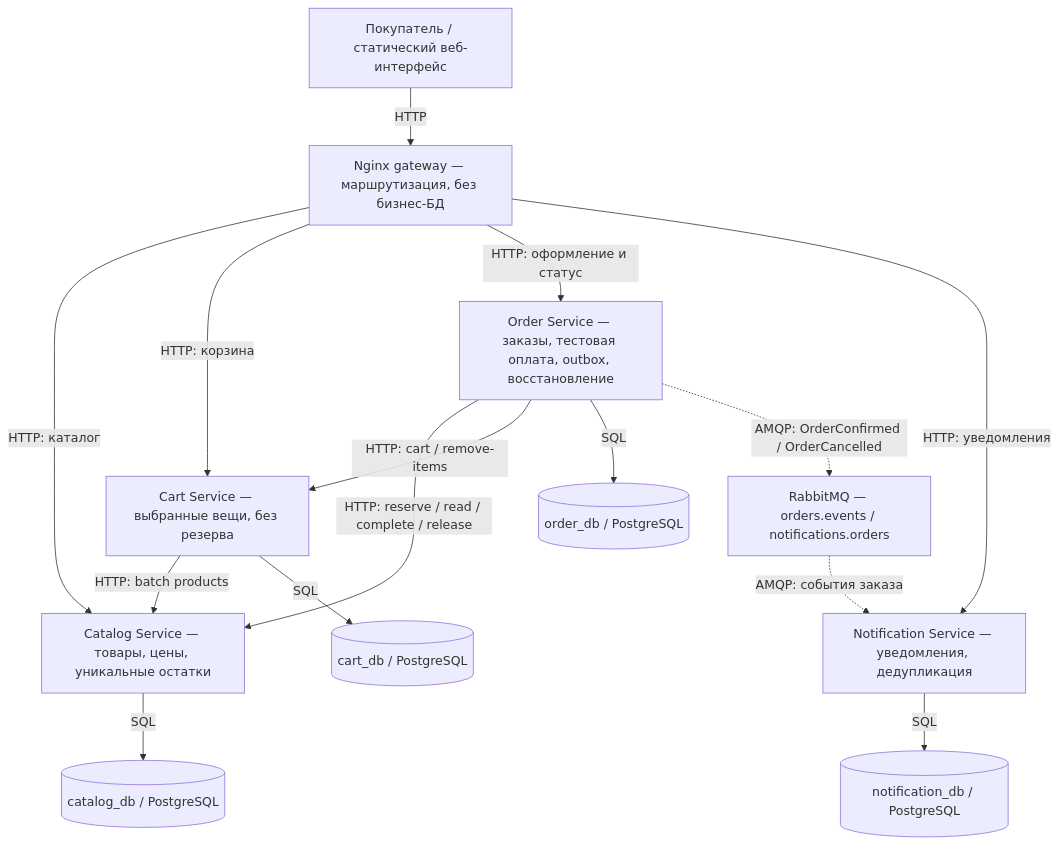
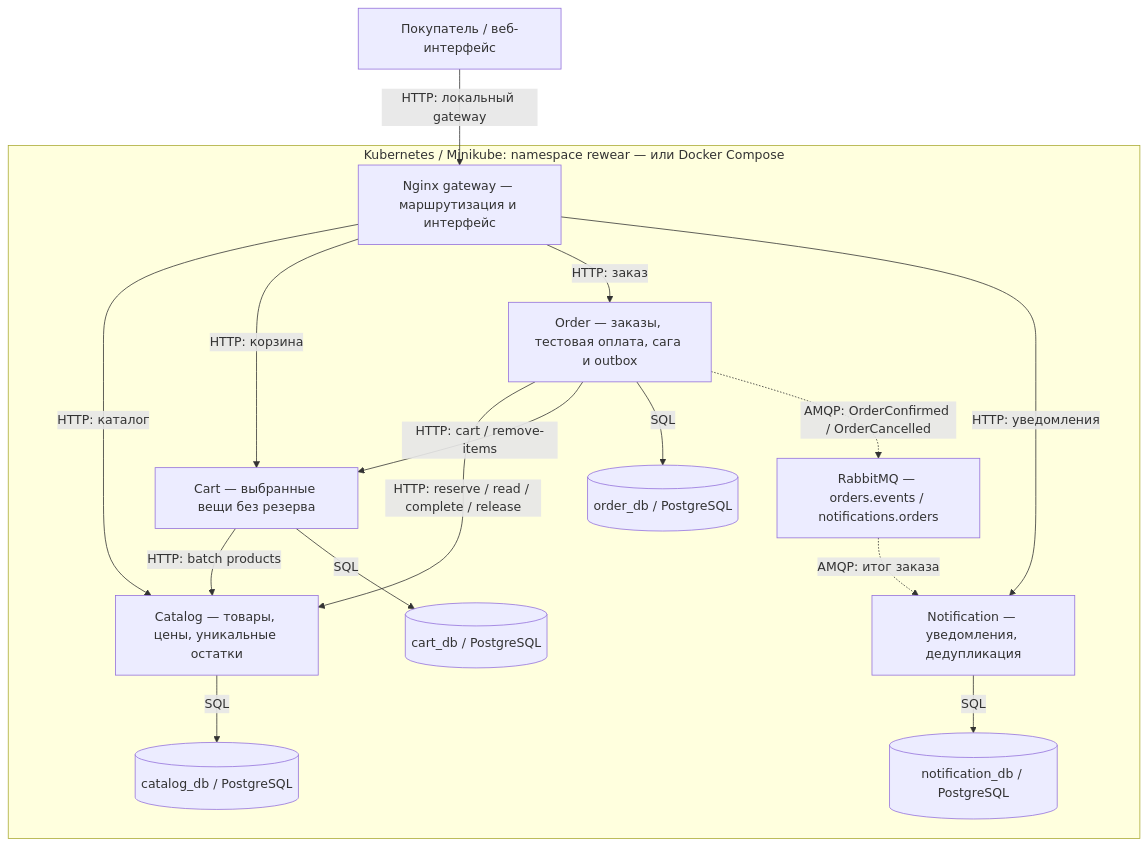
One commit to fairwix/rewear-microservices-design changed the diagram in docs/diagrams/architecture.mmd. Above: the diagram before and after it, drawn with Mermaid. The commit also changed 7 other files, not shown here.

```diff
--- a/docs/diagrams/architecture.mmd
+++ b/docs/diagrams/architecture.mmd
@@ -1,26 +1,28 @@
 flowchart TB
-    UI["Покупатель / статический веб-интерфейс"]
-    GW["Nginx gateway — маршрутизация, без бизнес-БД"]
-    C["Catalog Service — товары, цены, уникальные остатки"]
-    A["Cart Service — выбранные вещи, без резерва"]
-    O["Order Service — заказы, тестовая оплата, outbox, восстановление"]
-    N["Notification Service — уведомления, дедупликация"]
-    CD[("catalog_db / PostgreSQL")]
-    AD[("cart_db / PostgreSQL")]
-    OD[("order_db / PostgreSQL")]
-    ND[("notification_db / PostgreSQL")]
-    B["RabbitMQ — orders.events / notifications.orders"]
-    UI -->|HTTP| GW
-    GW -->|HTTP: каталог| C
-    GW -->|HTTP: корзина| A
-    GW -->|HTTP: оформление и статус| O
-    GW -->|HTTP: уведомления| N
-    A -->|HTTP: batch products| C
-    O -->|HTTP: reserve / read / complete / release| C
-    O -->|HTTP: cart / remove-items| A
-    C -->|SQL| CD
-    A -->|SQL| AD
-    O -->|SQL| OD
-    N -->|SQL| ND
-    O -.->|AMQP: OrderConfirmed / OrderCancelled| B
-    B -.->|AMQP: события заказа| N
+    UI["Покупатель / веб-интерфейс"]
+    subgraph LOCAL["Kubernetes / Minikube: namespace rewear — или Docker Compose"]
+        GW["Nginx gateway — маршрутизация и интерфейс"]
+        C["Catalog — товары, цены, уникальные остатки"]
+        A["Cart — выбранные вещи без резерва"]
+        O["Order — заказы, тестовая оплата, сага и outbox"]
+        N["Notification — уведомления, дедупликация"]
+        CD[("catalog_db / PostgreSQL")]
+        AD[("cart_db / PostgreSQL")]
+        OD[("order_db / PostgreSQL")]
+        ND[("notification_db / PostgreSQL")]
+        B["RabbitMQ — orders.events / notifications.orders"]
+        GW -->|"HTTP: каталог"| C
+        GW -->|"HTTP: корзина"| A
+        GW -->|"HTTP: заказ"| O
+        GW -->|"HTTP: уведомления"| N
+        A -->|"HTTP: batch products"| C
+        O -->|"HTTP: reserve / read / complete / release"| C
+        O -->|"HTTP: cart / remove-items"| A
+        C -->|SQL| CD
+        A -->|SQL| AD
+        O -->|SQL| OD
+        N -->|SQL| ND
+        O -.->|"AMQP: OrderConfirmed / OrderCancelled"| B
+        B -.->|"AMQP: итог заказа"| N
+    end
+    UI -->|"HTTP: локальный gateway"| GW
```
